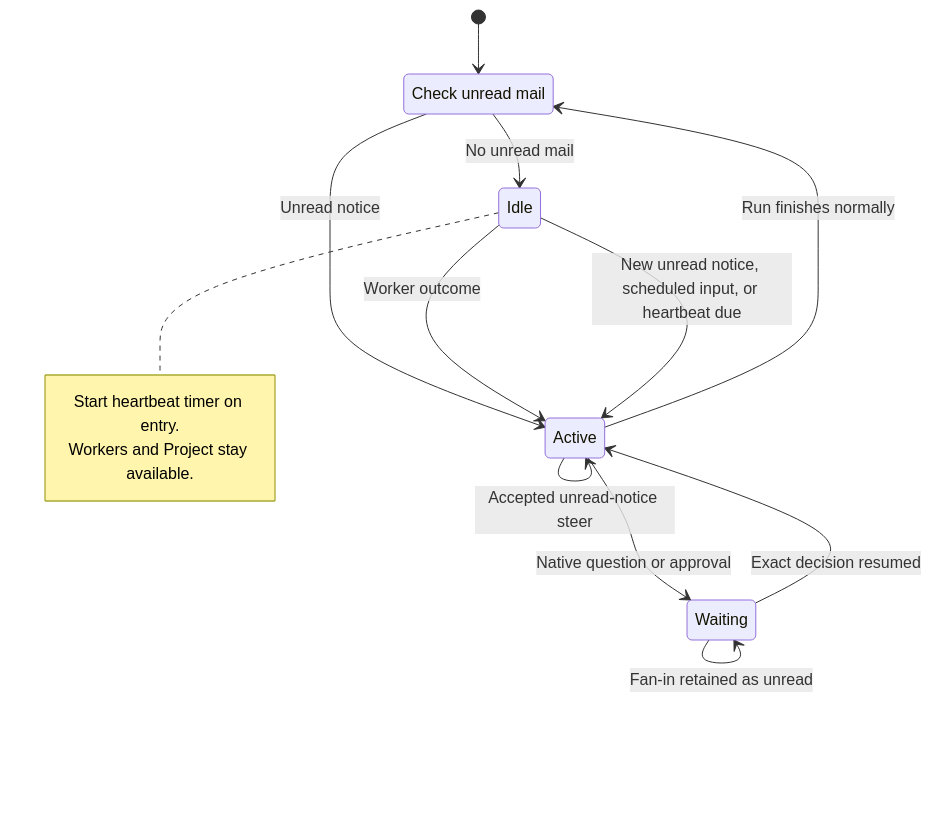
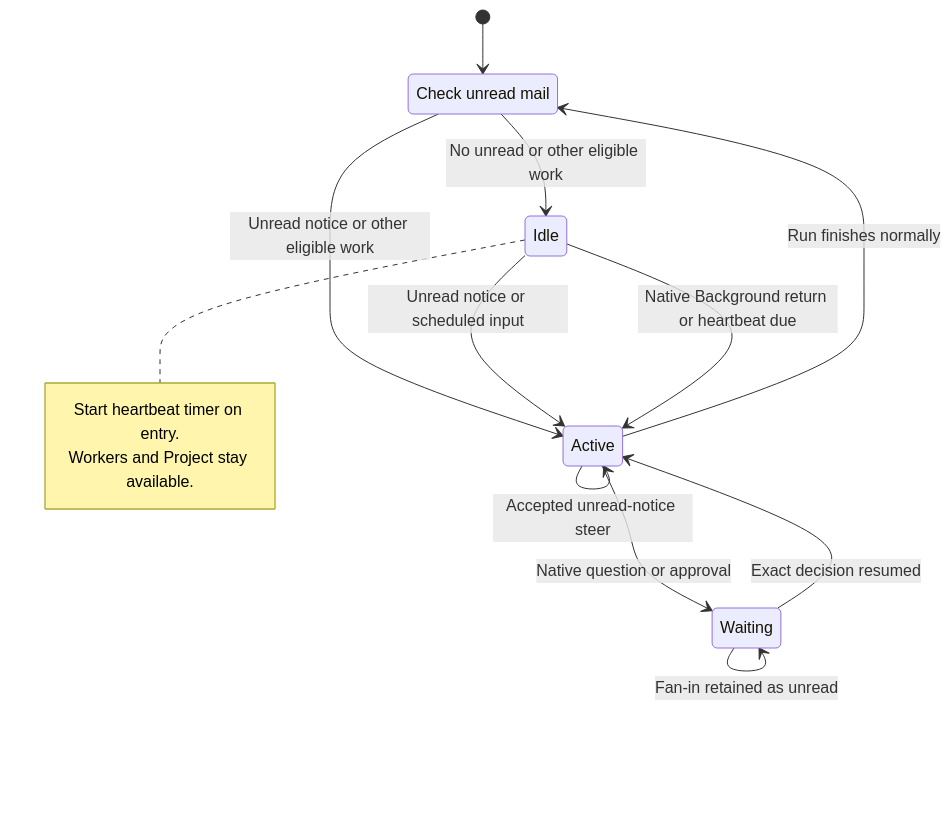
One commit to Wh1isper/a13n-claw changed the diagram in spec/02-main-thread.md. Above: the diagram before and after it, drawn with Mermaid. The commit also changed other lines of this file and 5 other files, not shown here.

````diff
--- a/spec/02-main-thread.md
+++ b/spec/02-main-thread.md
@@ -32,18 +42,18 @@
 ```mermaid
 stateDiagram-v2
     [*] --> CheckInbox
     state "Check unread mail" as CheckInbox
-    CheckInbox --> Active: Unread notice
-    CheckInbox --> Idle: No unread mail
+    CheckInbox --> Active: Unread notice or other eligible work
+    CheckInbox --> Idle: No unread or other eligible work
     Active --> Active: Accepted unread-notice steer
     Active --> Waiting: Native question or approval
     Waiting --> Waiting: Fan-in retained as unread
     Waiting --> Active: Exact decision resumed
     Active --> CheckInbox: Run finishes normally
-    Idle --> Active: Worker outcome
-    Idle --> Active: New unread notice, scheduled input, or heartbeat due
+    Idle --> Active: Unread notice or scheduled input
+    Idle --> Active: Native Background return or heartbeat due
     note right of Idle
         Start heartbeat timer on entry.
         Workers and Project stay available.
     end note
 ```
````
